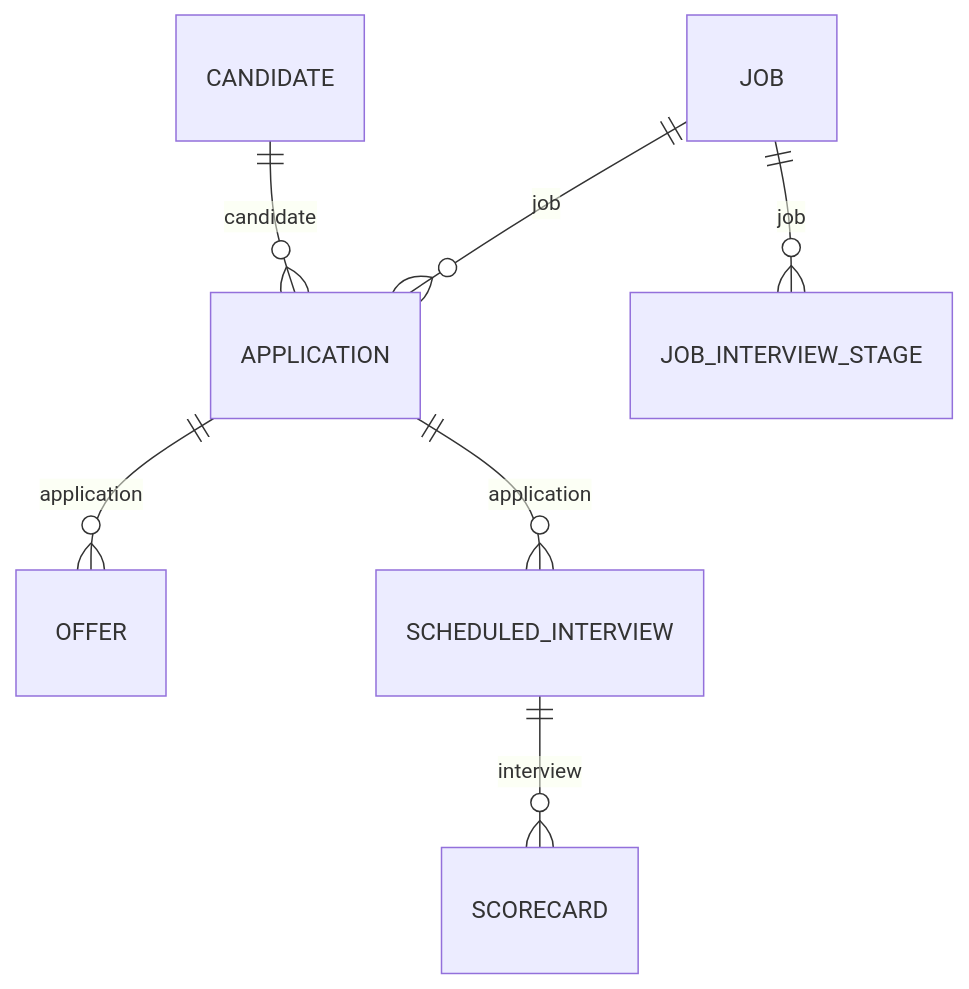
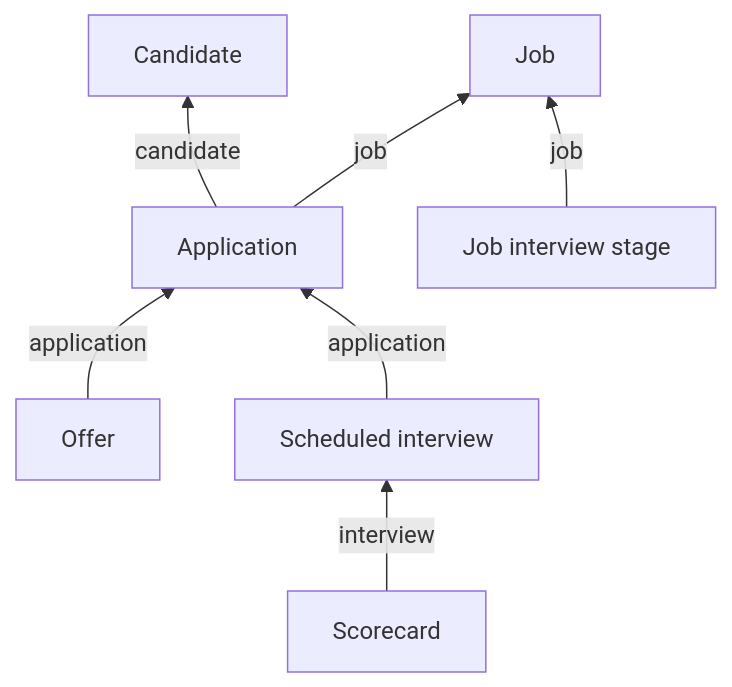
Before and after one commit to kaval1810/bindbee-docs-test: the diagram in guides/data-models/recruiting.mdx, drawn with Mermaid. The commit also changed other lines of this file and 61 other files, not shown here.

````diff
--- a/guides/data-models/recruiting.mdx
+++ b/guides/data-models/recruiting.mdx
@@ -33,9 +40,9 @@
 ```mermaid
-erDiagram
-    CANDIDATE ||--o{ APPLICATION : "candidate"
-    JOB ||--o{ APPLICATION : "job"
-    JOB ||--o{ JOB_INTERVIEW_STAGE : "job"
-    APPLICATION ||--o{ OFFER : "application"
-    APPLICATION ||--o{ SCHEDULED_INTERVIEW : "application"
-    SCHEDULED_INTERVIEW ||--o{ SCORECARD : "interview"
+flowchart BT
+    APPLICATION[Application] -->|candidate| CANDIDATE[Candidate]
+    APPLICATION -->|job| JOB[Job]
+    JOB_INTERVIEW_STAGE[Job interview stage] -->|job| JOB
+    OFFER[Offer] -->|application| APPLICATION
+    SCHEDULED_INTERVIEW[Scheduled interview] -->|application| APPLICATION
+    SCORECARD[Scorecard] -->|interview| SCHEDULED_INTERVIEW
 ```
````
